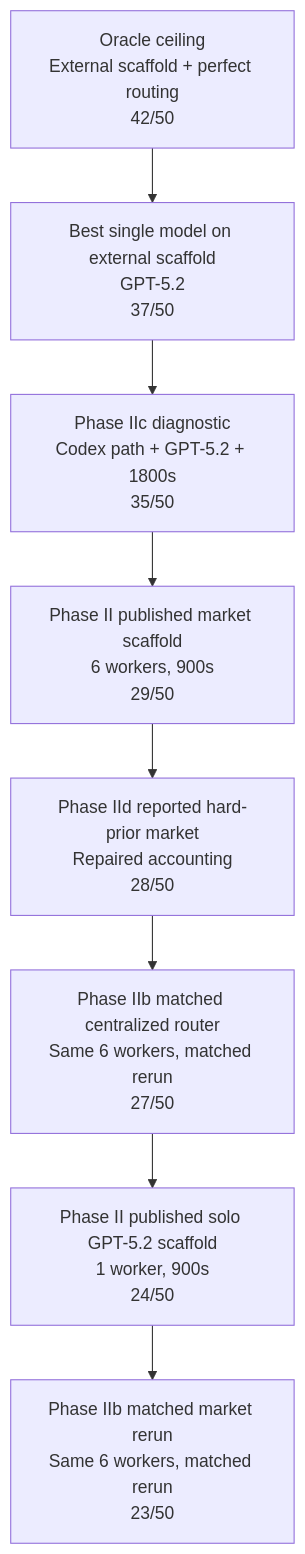
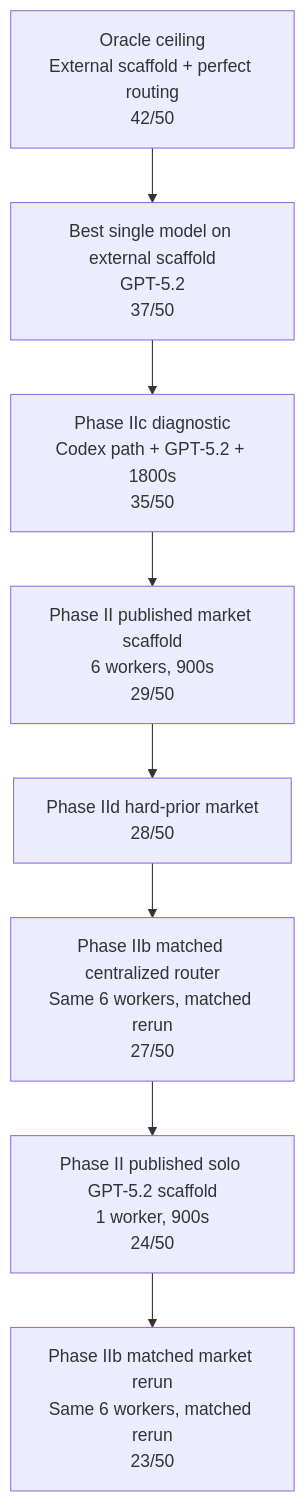
The second of 2 diagrams in README.md (strangeloopcanon/multi-agent-scaling), drawn with Mermaid before and after one commit. The commit also changed other lines of this file and 3 other files, not shown here.

Commit message:
docs: clarify phase iid final reporting

````diff
--- a/README.md
+++ b/README.md
@@ -203,10 +203,10 @@
 ```mermaid
 flowchart TD
     A["Oracle ceiling\nExternal scaffold + perfect routing\n42/50"] --> B["Best single model on external scaffold\nGPT-5.2\n37/50"]
     B --> C["Phase IIc diagnostic\nCodex path + GPT-5.2 + 1800s\n35/50"]
     C --> D["Phase II published market scaffold\n6 workers, 900s\n29/50"]
-    D --> E["Phase IId reported hard-prior market\nRepaired accounting\n28/50"]
+    D --> E["Phase IId hard-prior market\n28/50"]
     E --> F["Phase IIb matched centralized router\nSame 6 workers, matched rerun\n27/50"]
     F --> G["Phase II published solo GPT-5.2 scaffold\n1 worker, 900s\n24/50"]
     G --> H["Phase IIb matched market rerun\nSame 6 workers, matched rerun\n23/50"]
 ```
````
